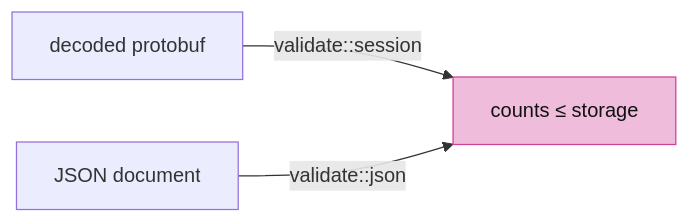
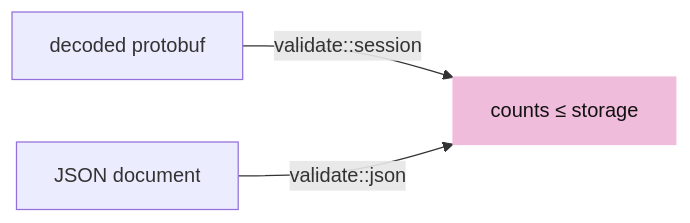
Before and after one commit to petrasvestartas/session: the third of 8 diagrams in session_viewer/docs/14-loading.md, drawn with Mermaid. The commit also changed other lines of this file and 324 other files, not shown here.

````diff
--- a/session_viewer/docs/14-loading.md
+++ b/session_viewer/docs/14-loading.md
@@ -63,6 +73,6 @@
 ```mermaid
 flowchart LR
     P["decoded protobuf"] -- "validate::session" --> O["counts ≤ storage"]
     J["JSON document"] -- "validate::json" --> O
-    style O fill:#f0bcdb,stroke:#ce4095,color:#111
+    style O fill:#f0bcdb,stroke:#f0bcdb,color:#111
 ```
````
